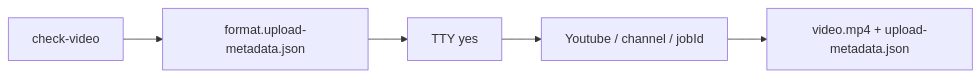
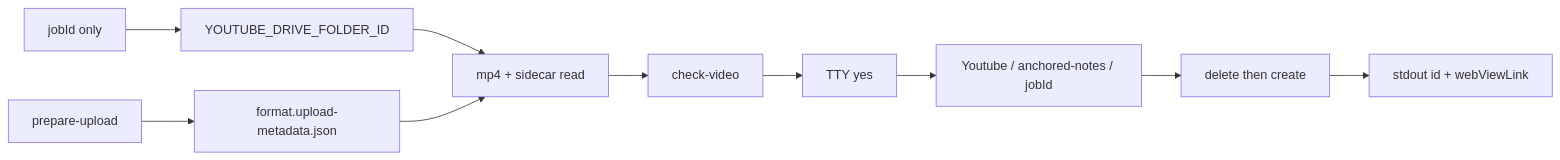
Before and after one commit to farukcan/anchored-notes: the first of 2 diagrams in video/README.md, drawn with Mermaid. The commit also changed other lines of this file and 9 other files, not shown here.

First line of the commit message:
feat(video): enhance upload process with prepare-upload script

````diff
--- a/video/README.md
+++ b/video/README.md
@@ -88,7 +163,12 @@
 ```mermaid
 flowchart LR
-  check["check-video"] --> sidecar["format.upload-metadata.json"]
-  sidecar --> confirm["TTY yes"]
-  confirm --> folders["Youtube / channel / jobId"]
-  folders --> files["video.mp4 + upload-metadata.json"]
+  prepare["prepare-upload"] --> sidecar["format.upload-metadata.json"]
+  jobId["jobId only"] --> env["YOUTUBE_DRIVE_FOLDER_ID"]
+  env --> files["mp4 + sidecar read"]
+  sidecar --> files
+  files --> check["check-video"]
+  check --> confirm["TTY yes"]
+  confirm --> folders["Youtube / anchored-notes / jobId"]
+  folders --> overwrite["delete then create"]
+  overwrite --> stdout["stdout id + webViewLink"]
 ```
````
